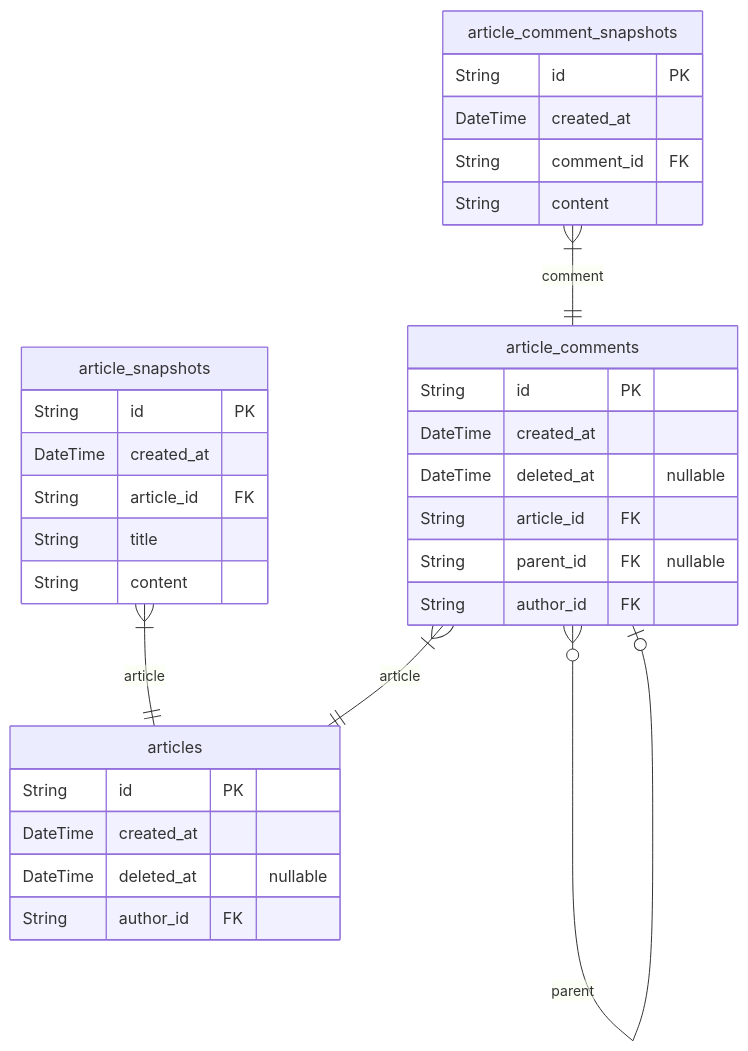
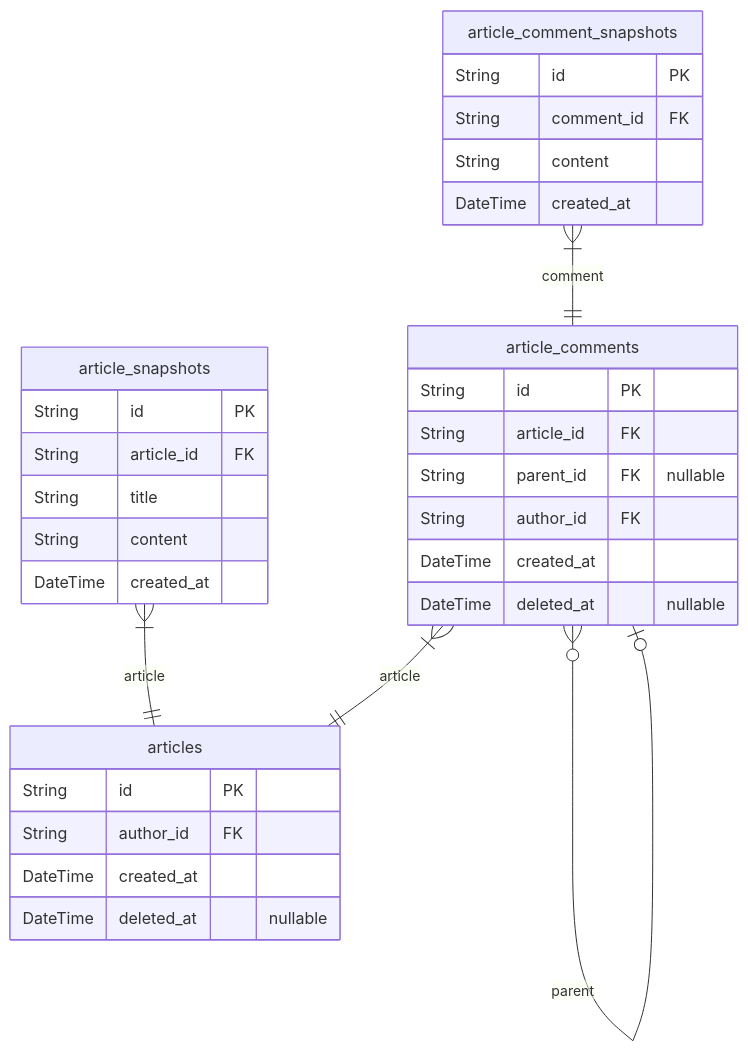
One commit to rojiwon123/safe-nest-template changed the third of 3 diagrams in ERD.md. Above: the diagram before and after it, drawn with Mermaid. The commit also changed other lines of this file and 5 other files, not shown here.

````diff
--- a/ERD.md
+++ b/ERD.md
@@ -173,34 +175,34 @@
 ```mermaid
 erDiagram
 articles {
     String id PK
+    String author_id FK
     DateTime created_at
     DateTime deleted_at "nullable"
-    String author_id FK
 }
 article_snapshots {
     String id PK
-    DateTime created_at
     String article_id FK
     String title
     String content
+    DateTime created_at
 }
 article_comments {
     String id PK
-    DateTime created_at
-    DateTime deleted_at "nullable"
     String article_id FK
     String parent_id FK "nullable"
     String author_id FK
+    DateTime created_at
+    DateTime deleted_at "nullable"
 }
 article_comment_snapshots {
     String id PK
-    DateTime created_at
     String comment_id FK
     String content
+    DateTime created_at
 }
 article_snapshots }|--|| articles : article
 article_comments }|--|| articles : article
 article_comments }o--o| article_comments : parent
 article_comment_snapshots }|--|| article_comments : comment
 ```
````
